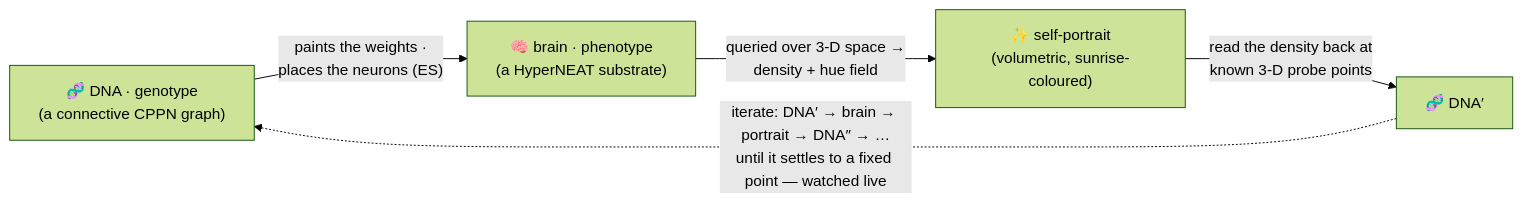
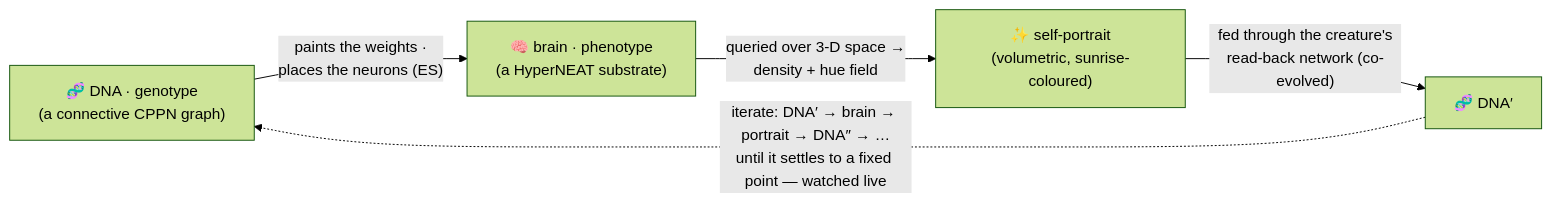
One commit to admiralakber/autograph changed the first of 3 diagrams in VISION.md. Above: the diagram before and after it, drawn with Mermaid (forest theme). The commit also changed other lines of this file and 7 other files, not shown here.

````diff
--- a/VISION.md
+++ b/VISION.md
@@ -24,7 +24,7 @@
 ```mermaid
 flowchart LR
   DNA["🧬 DNA · genotype<br/>(a connective CPPN graph)"] -->|"paints the weights ·<br/>places the neurons (ES)"| PHENO["🧠 brain · phenotype<br/>(a HyperNEAT substrate)"]
   PHENO -->|"queried over 3-D space →<br/>density + hue field"| ART["✨ self-portrait<br/>(volumetric, sunrise-coloured)"]
-  ART -->|"read the density back at<br/>known 3-D probe points"| DNA2["🧬 DNA′"]
+  ART -->|"fed through the creature's<br/>read-back network (co-evolved)"| DNA2["🧬 DNA′"]
   DNA2 -. "iterate: DNA′ → brain → portrait → DNA″ → …<br/>until it settles to a fixed point — watched live" .-> DNA
 ```
````
